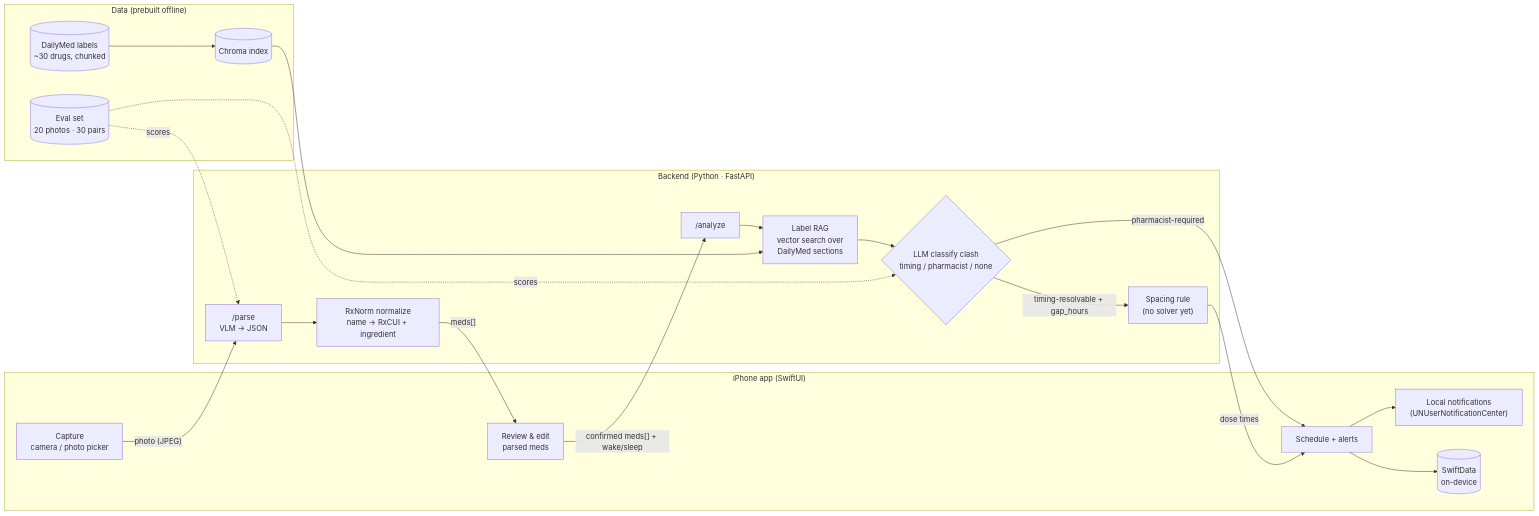
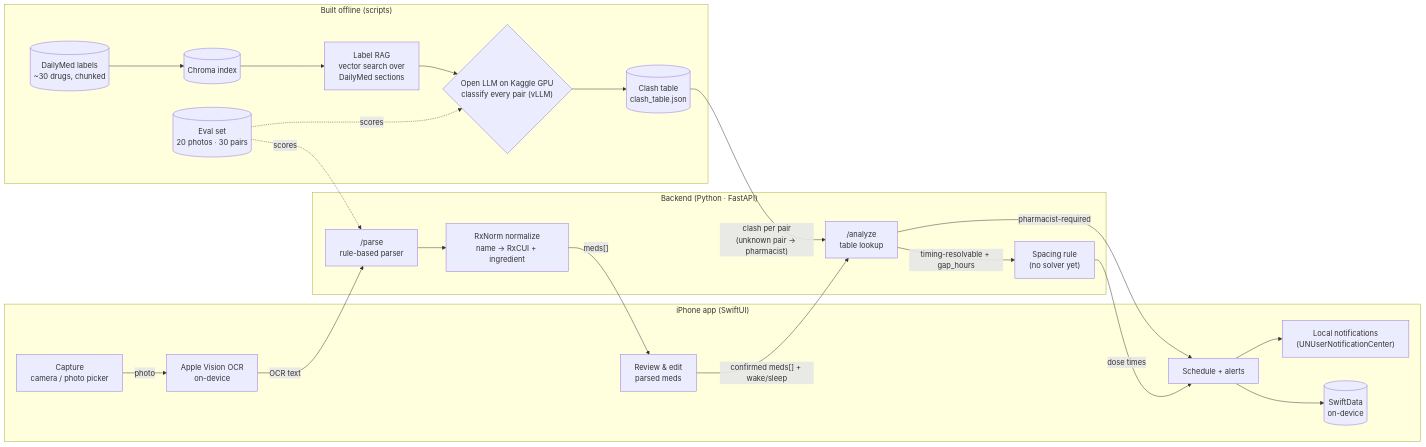
The diagram in docs/plan/README.md (nguyen-trinhtk/RxBuddy), drawn with Mermaid before and after one commit. The commit also changed other lines of this file and 13 other files, not shown here.

````diff
--- a/docs/plan/README.md
+++ b/docs/plan/README.md
@@ -13,40 +20,42 @@
 ```mermaid
 flowchart LR
     subgraph IOS["iPhone app (SwiftUI)"]
         CAP["Capture<br/>camera / photo picker"]
+        OCR["Apple Vision OCR<br/>on-device"]
         REV["Review & edit<br/>parsed meds"]
         SCH["Schedule + alerts"]
         NOTIF["Local notifications<br/>(UNUserNotificationCenter)"]
         STORE[("SwiftData<br/>on-device")]
     end
 
     subgraph API["Backend (Python · FastAPI)"]
-        PARSE["/parse<br/>VLM → JSON"]
+        PARSE["/parse<br/>rule-based parser"]
         NORM["RxNorm normalize<br/>name → RxCUI + ingredient"]
-        ANALYZE["/analyze"]
-        RAG["Label RAG<br/>vector search over<br/>DailyMed sections"]
-        CLS{"LLM classify clash<br/>timing / pharmacist / none"}
+        ANALYZE["/analyze<br/>table lookup"]
         RULE["Spacing rule<br/>(no solver yet)"]
     end
 
-    subgraph DATA["Data (prebuilt offline)"]
+    subgraph DATA["Built offline (scripts)"]
         LBL[("DailyMed labels<br/>~30 drugs, chunked")]
         VDB[("Chroma index")]
+        RAG["Label RAG<br/>vector search over<br/>DailyMed sections"]
+        CLS{"Open LLM on Kaggle GPU<br/>classify every pair (vLLM)"}
+        TABLE[("Clash table<br/>clash_table.json")]
         EVAL[("Eval set<br/>20 photos · 30 pairs")]
     end
 
-    CAP -- "photo (JPEG)" --> PARSE
+    CAP -- "photo" --> OCR
+    OCR -- "OCR text" --> PARSE
     PARSE --> NORM
     NORM -- "meds[]" --> REV
     REV -- "confirmed meds[] + wake/sleep" --> ANALYZE
-    ANALYZE --> RAG
-    RAG --> CLS
-    CLS -- "timing-resolvable + gap_hours" --> RULE
-    CLS -- "pharmacist-required" --> SCH
+    TABLE -- "clash per pair<br/>(unknown pair → pharmacist)" --> ANALYZE
+    ANALYZE -- "timing-resolvable + gap_hours" --> RULE
+    ANALYZE -- "pharmacist-required" --> SCH
     RULE -- "dose times" --> SCH
     SCH --> NOTIF
     SCH --> STORE
-    LBL --> VDB --> RAG
+    LBL --> VDB --> RAG --> CLS --> TABLE
     EVAL -. "scores" .-> PARSE
     EVAL -. "scores" .-> CLS
 ```
````
